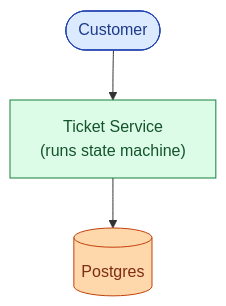
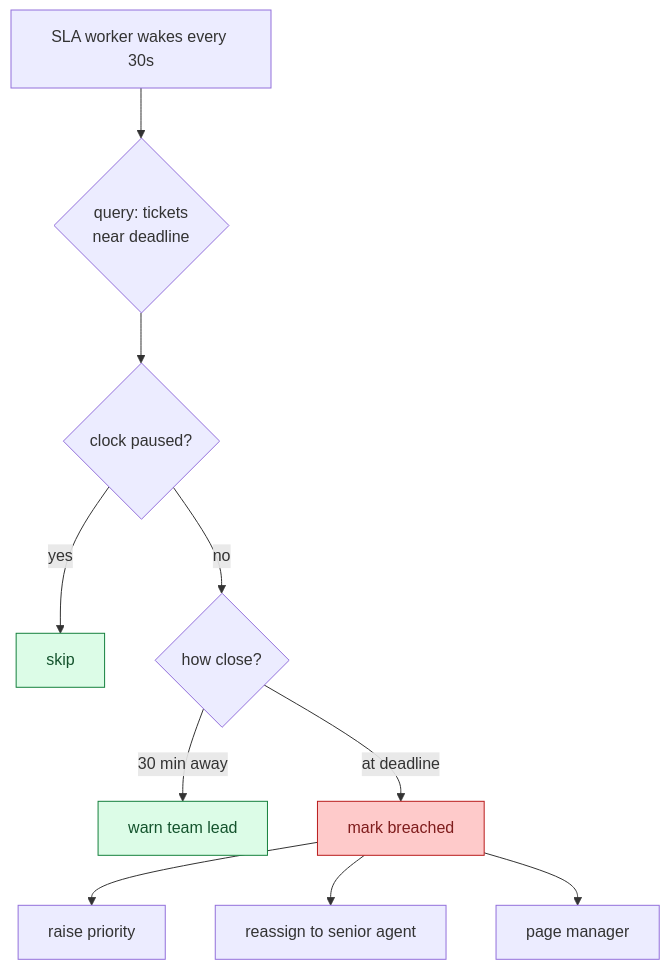
The fifth of 10 diagrams in problems/019-helpdesk-ticketing/question.md (shiningflash/system-design), drawn with Mermaid before and after one commit. The commit also changed other lines of this file and 37 other files, not shown here.

````diff
--- a/problems/019-helpdesk-ticketing/question.md
+++ b/problems/019-helpdesk-ticketing/question.md
@@ -253,9 +258,15 @@
 ```mermaid
-flowchart TB
-    C([Customer]):::user --> E["Ticket Service<br/>(runs state machine)"]:::app
-    E --> DB[("Postgres")]:::db
+flowchart TD
+    A[SLA worker wakes every 30s] --> B{query: tickets<br/>near deadline}
+    B --> C{clock paused?}
+    C -- yes --> D[skip]:::ok
+    C -- no --> E{how close?}
+    E -- 30 min away --> F[warn team lead]:::ok
+    E -- at deadline --> G[mark breached]:::bad
+    G --> H[raise priority]
+    G --> I[reassign to senior agent]
+    G --> J[page manager]
 
-    classDef user fill:#dbeafe,stroke:#1e40af,color:#1e3a8a
-    classDef app fill:#dcfce7,stroke:#15803d,color:#14532d
-    classDef db fill:#fed7aa,stroke:#c2410c,color:#7c2d12
+    classDef ok fill:#dcfce7,stroke:#15803d,color:#14532d
+    classDef bad fill:#fecaca,stroke:#b91c1c,color:#7f1d1d
 ```
````
